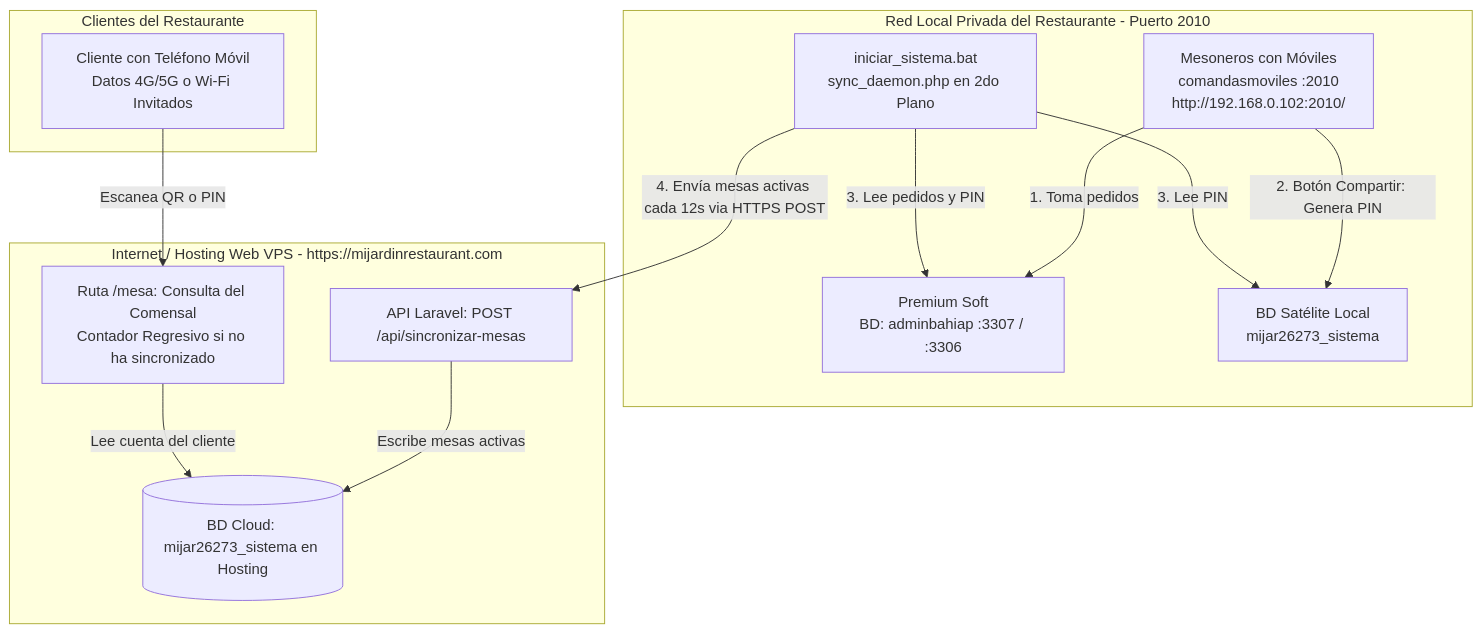
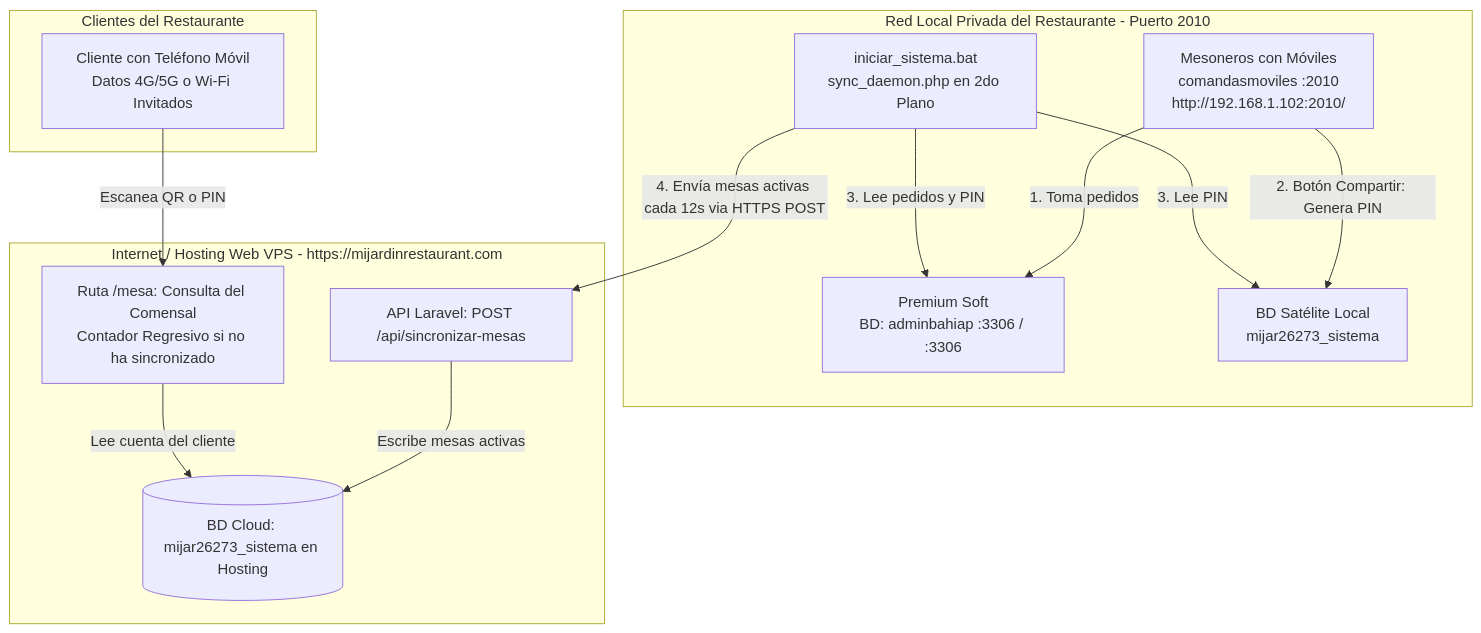
One commit to fjgroup/pskmovil changed the first of 3 diagrams in docs/estudio_qr_pedidos_pagos.md. Above: the diagram before and after it, drawn with Mermaid. The commit also changed other lines of this file and 21 other files, not shown here.

````diff
--- a/docs/estudio_qr_pedidos_pagos.md
+++ b/docs/estudio_qr_pedidos_pagos.md
@@ -51,30 +51,30 @@
 ```mermaid
 flowchart TD
     subgraph RedLocal [Red Local Privada del Restaurante - Puerto 2010]
-        PS[Premium Soft\nBD: adminbahiap :3307 / :3306]
+        PS[Premium Soft\nBD: adminbahiap :3306 / :3306]
         LocalSat[BD Satélite Local\nmijar26273_sistema]
-        Mesoneros[Mesoneros con Móviles\ncomandasmoviles :2010\nhttp://192.168.0.102:2010/]
+        Mesoneros[Mesoneros con Móviles\ncomandasmoviles :2010\nhttp://192.168.1.102:2010/]
         BatSync[iniciar_sistema.bat\nsync_daemon.php en 2do Plano]
 
         Mesoneros -->|1. Toma pedidos| PS
         Mesoneros -->|2. Botón Compartir: Genera PIN| LocalSat
         BatSync -->|3. Lee pedidos y PIN| PS
         BatSync -->|3. Lee PIN| LocalSat
     end
 
     subgraph Internet [Internet / Hosting Web VPS - https://mijardinrestaurant.com]
         WebAPI[API Laravel: POST /api/sincronizar-mesas]
         CloudDB[(BD Cloud: mijar26273_sistema en Hosting)]
         WebMesa[Ruta /mesa: Consulta del Comensal\nContador Regresivo si no ha sincronizado]
 
         WebAPI -->|Escribe mesas activas| CloudDB
         WebMesa -->|Lee cuenta del cliente| CloudDB
     end
 
     subgraph Clientes [Clientes del Restaurante]
         Comensal[Cliente con Teléfono Móvil\nDatos 4G/5G o Wi-Fi Invitados]
         Comensal -->|Escanea QR o PIN| WebMesa
     end
 
     BatSync -->|4. Envía mesas activas cada 12s via HTTPS POST| WebAPI
 ```
````
